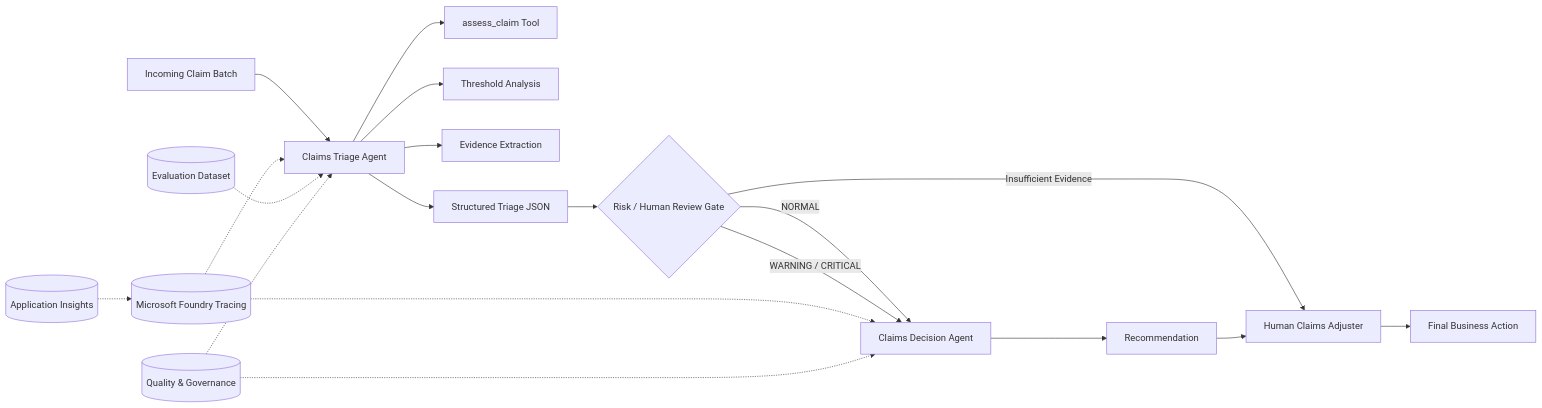
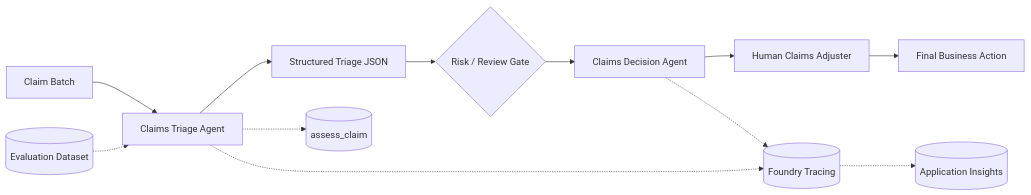
One commit to mossheadzoro19-star/FrontierWeekHack changed the diagram in README.md. Above: the diagram before and after it, drawn with Mermaid. The commit also changed other lines of this file, not shown here.

````diff
--- a/README.md
+++ b/README.md
@@ -83,28 +11,15 @@
 ```mermaid
 flowchart LR
-    A[Incoming Claim Batch] --> B[Claims Triage Agent]
+    A[Claim Batch] --> B[Claims Triage Agent]
+    B --> C[Structured Triage JSON]
+    C --> D{Risk / Review Gate}
+    D --> E[Claims Decision Agent]
+    E --> F[Human Claims Adjuster]
+    F --> G[Final Business Action]
 
-    B --> B1[assess_claim Tool]
-    B --> B2[Threshold Analysis]
-    B --> B3[Evidence Extraction]
-
-    B --> C[Structured Triage JSON]
-
-    C --> D{Risk / Human Review Gate}
-
-    D -->|NORMAL| E[Claims Decision Agent]
-    D -->|WARNING / CRITICAL| E
-    D -->|Insufficient Evidence| F[Human Claims Adjuster]
-
-    E --> G[Recommendation]
-    G --> F
-
-    F --> H[Final Business Action]
-
-    I[(Microsoft Foundry Tracing)] -.-> B
-    I -.-> E
-    J[(Application Insights)] -.-> I
+    B -.-> H[(assess_claim)]
+    B -.-> I[(Foundry Tracing)]
+    E -.-> I
+    I -.-> J[(Application Insights)]
     K[(Evaluation Dataset)] -.-> B
-    L[(Quality & Governance)] -.-> B
-    L -.-> E
 ```
````
